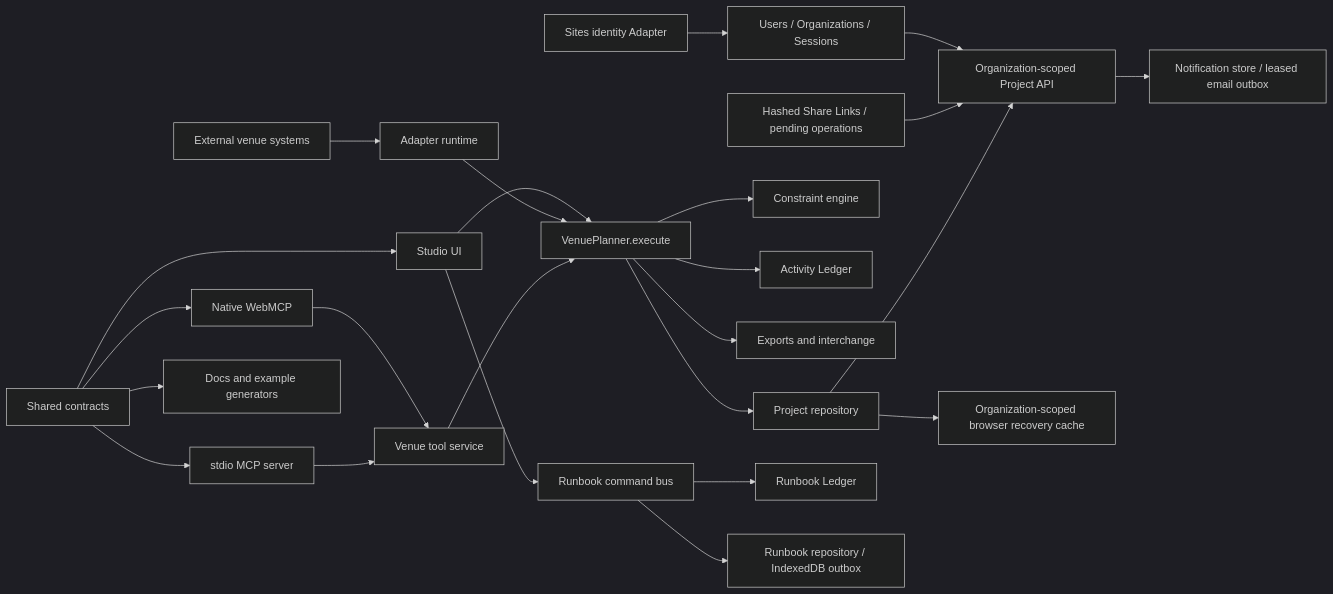
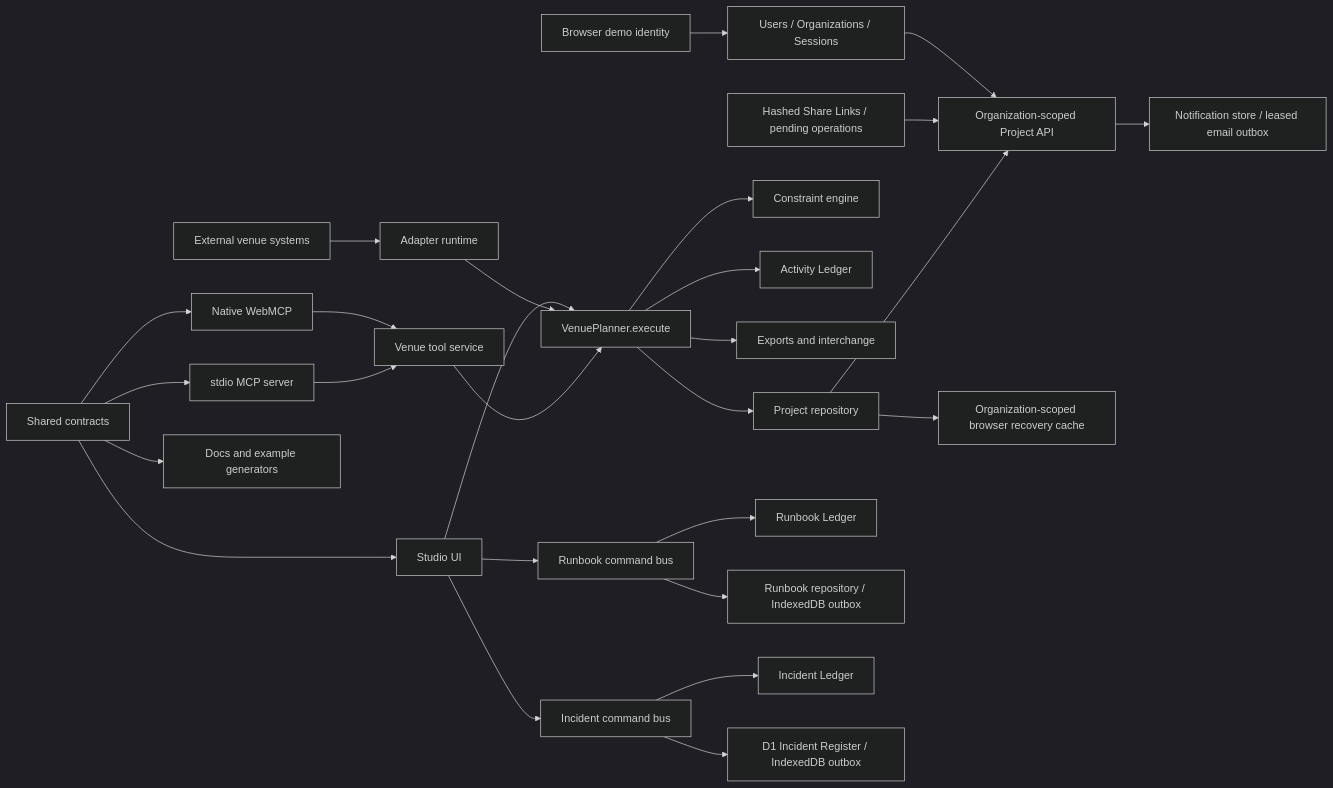
Before and after one commit to Seyamalam/venue-mind: the first of 2 diagrams in docs/architecture.md, drawn with Mermaid (dark theme). The commit also changed other lines of this file and 450 other files, not shown here.

````diff
--- a/docs/architecture.md
+++ b/docs/architecture.md
@@ -7,26 +7,29 @@
 ```mermaid
 flowchart LR
-  IDP[Sites identity Adapter] --> ACCOUNTS[Users / Organizations / Sessions]
+  IDP[Browser demo identity] --> ACCOUNTS[Users / Organizations / Sessions]
   ACCOUNTS --> API[Organization-scoped Project API]
   SHARE[Hashed Share Links / pending operations] --> API
   API --> NOTIFY[Notification store / leased email outbox]
   UI[Studio UI] --> BUS[VenuePlanner.execute]
   UI --> RUNBUS[Runbook command bus]
+  UI --> INCBUS[Incident command bus]
   WEB[Native WebMCP] --> SERVICE[Venue tool service]
   MCP[stdio MCP server] --> SERVICE
   EXT[External venue systems] --> ADAPTERS[Adapter runtime]
   ADAPTERS --> BUS
   SERVICE --> BUS
   CONTRACTS[Shared contracts] --> UI
   CONTRACTS --> WEB
   CONTRACTS --> MCP
   CONTRACTS --> DOCGEN[Docs and example generators]
   BUS --> VALIDATE[Constraint engine]
   BUS --> LEDGER[Activity Ledger]
   BUS --> EXPORTS[Exports and interchange]
   BUS --> PROJECTS[Project repository]
   RUNBUS --> RUNLEDGER[Runbook Ledger]
   RUNBUS --> RUNSTORE[Runbook repository / IndexedDB outbox]
+  INCBUS --> INCLEDGER[Incident Ledger]
+  INCBUS --> INCSTORE[D1 Incident Register / IndexedDB outbox]
   PROJECTS --> API
   PROJECTS --> LOCAL[Organization-scoped browser recovery cache]
 ```
````
